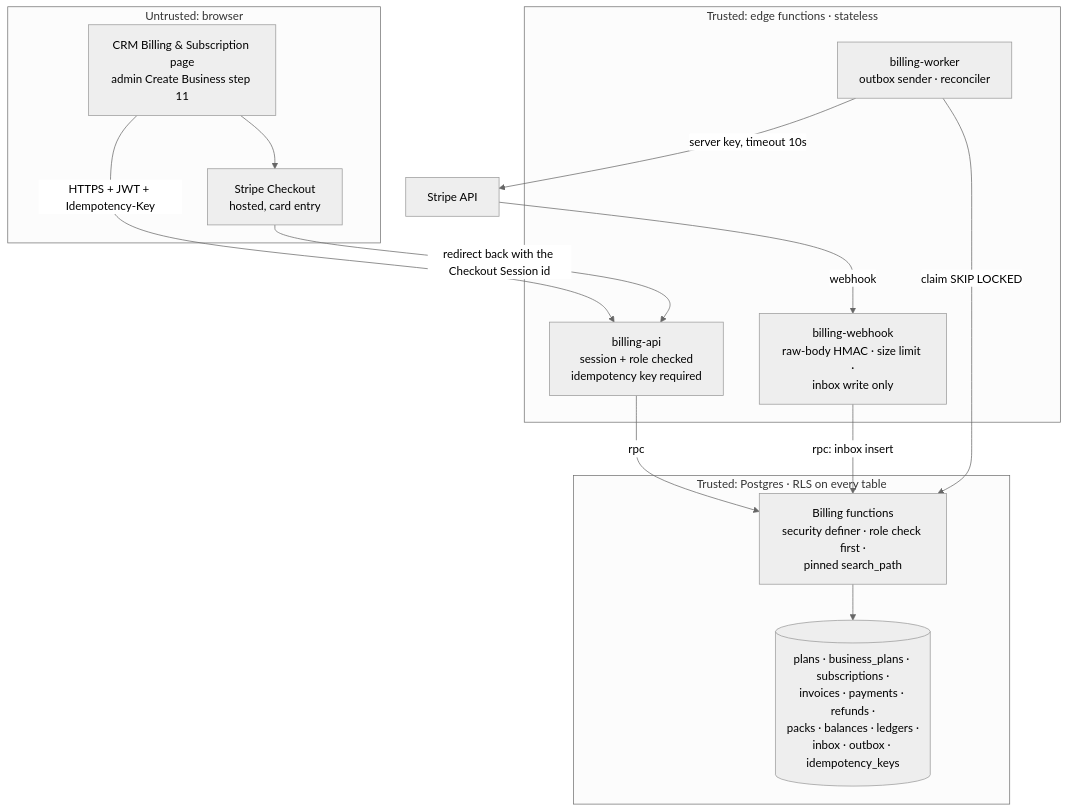
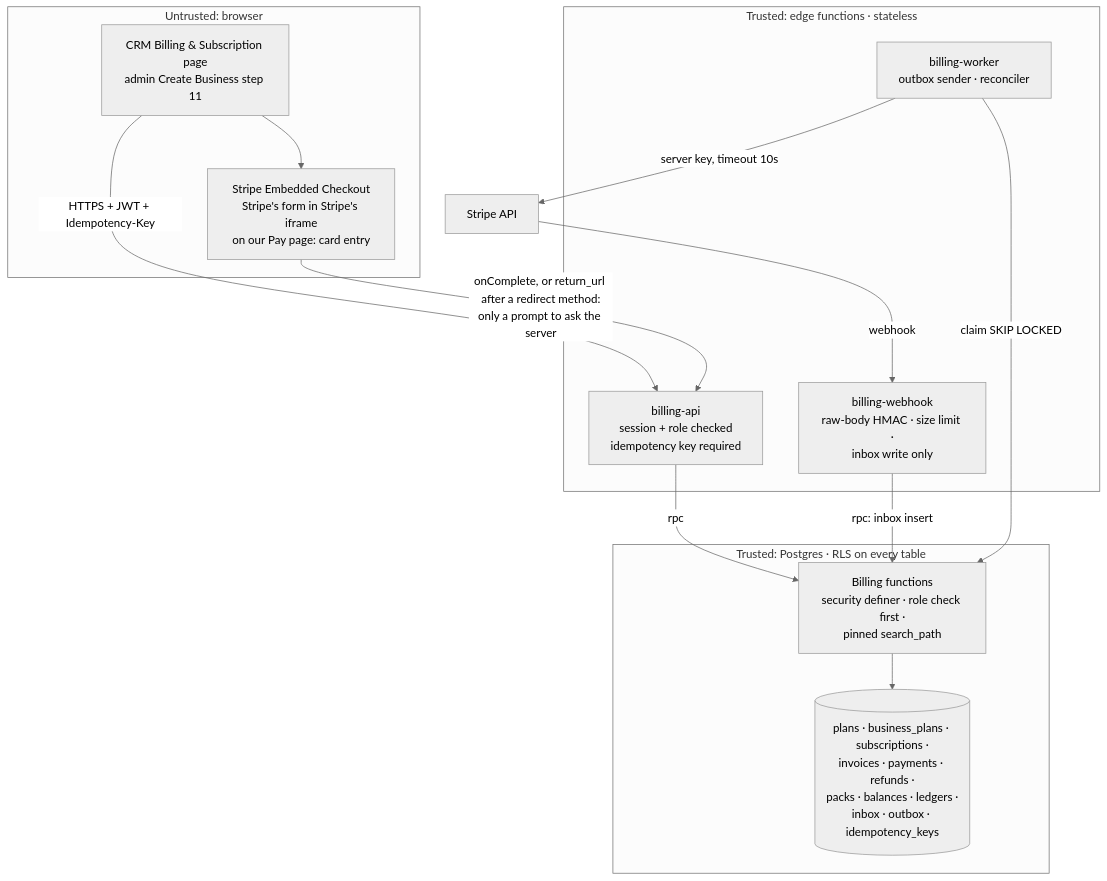
Before and after one commit to singhdhruv525-source/Zella-AI: the second of 22 diagrams in docs/PAYMENTS_ARCHITECTURE.md, drawn with Mermaid (neutral theme). The commit also changed other lines of this file and 6 other files, not shown here.

First line of the commit message:
Docs: glass checkout with Stripe Embedded Checkout

````diff
--- a/docs/PAYMENTS_ARCHITECTURE.md
+++ b/docs/PAYMENTS_ARCHITECTURE.md
@@ -71,25 +71,25 @@
 ```mermaid
 flowchart TB
   subgraph Browser[Untrusted: browser]
     UI[CRM Billing & Subscription page<br/>admin Create Business step 11]
-    RZJS[Stripe Checkout<br/>hosted, card entry]
+    RZJS[Stripe Embedded Checkout<br/>Stripe's form in Stripe's iframe<br/>on our Pay page: card entry]
   end
   subgraph Edge[Trusted: edge functions · stateless]
     BAPI[billing-api<br/>session + role checked<br/>idempotency key required]
     BWH[billing-webhook<br/>raw-body HMAC · size limit ·<br/>inbox write only]
     BWK[billing-worker<br/>outbox sender · reconciler]
   end
   subgraph Data[Trusted: Postgres · RLS on every table]
     FN[Billing functions<br/>security definer · role check first ·<br/>pinned search_path]
     T[(plans · business_plans · subscriptions ·<br/>invoices · payments · refunds ·<br/>packs · balances · ledgers ·<br/>inbox · outbox · idempotency_keys)]
   end
   RZ[Stripe API]
 
   UI -->|HTTPS + JWT + Idempotency-Key| BAPI
   UI --> RZJS
-  RZJS -->|redirect back with the Checkout Session id| BAPI
+  RZJS -->|onComplete, or return_url after a redirect method:<br/>only a prompt to ask the server| BAPI
   BAPI -->|rpc| FN --> T
   RZ -->|webhook| BWH -->|rpc: inbox insert| FN
   BWK -->|claim SKIP LOCKED| FN
   BWK -->|server key, timeout 10s| RZ
 ```
````
